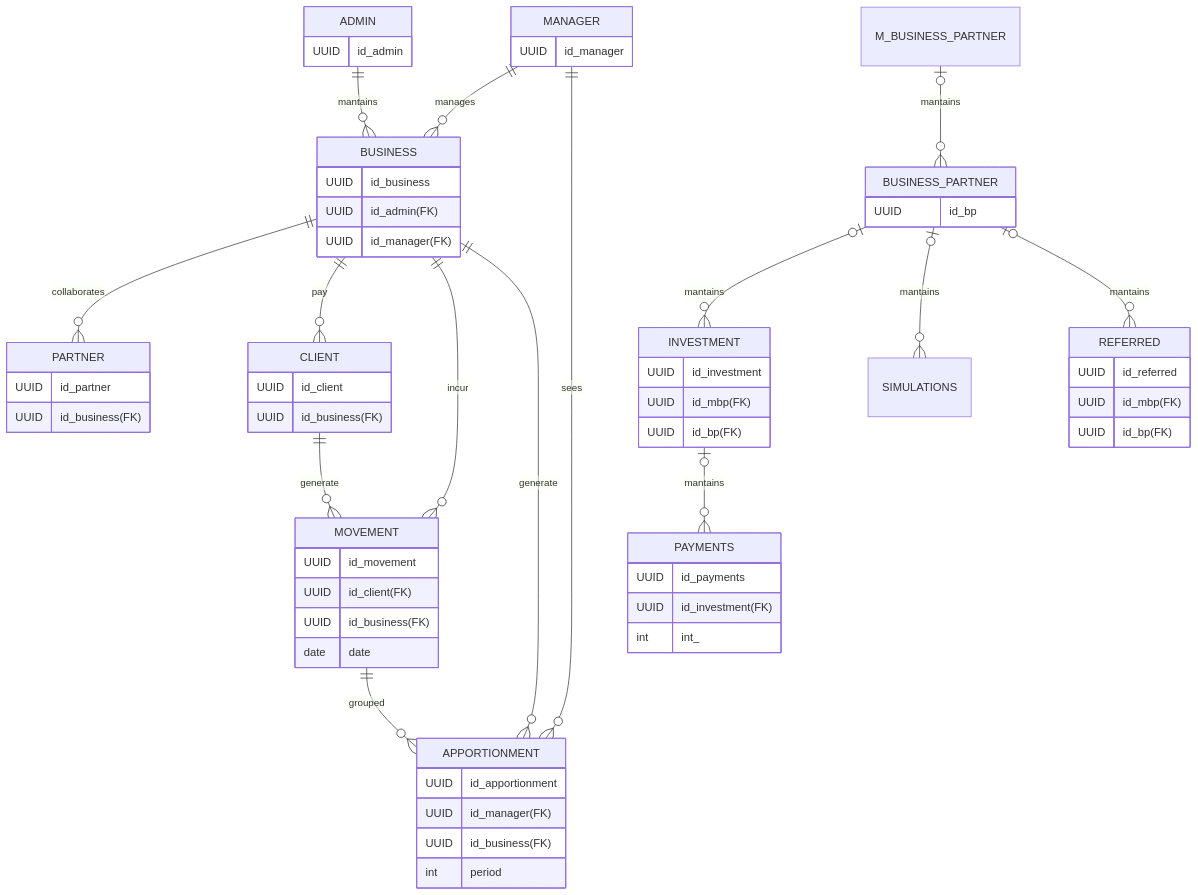
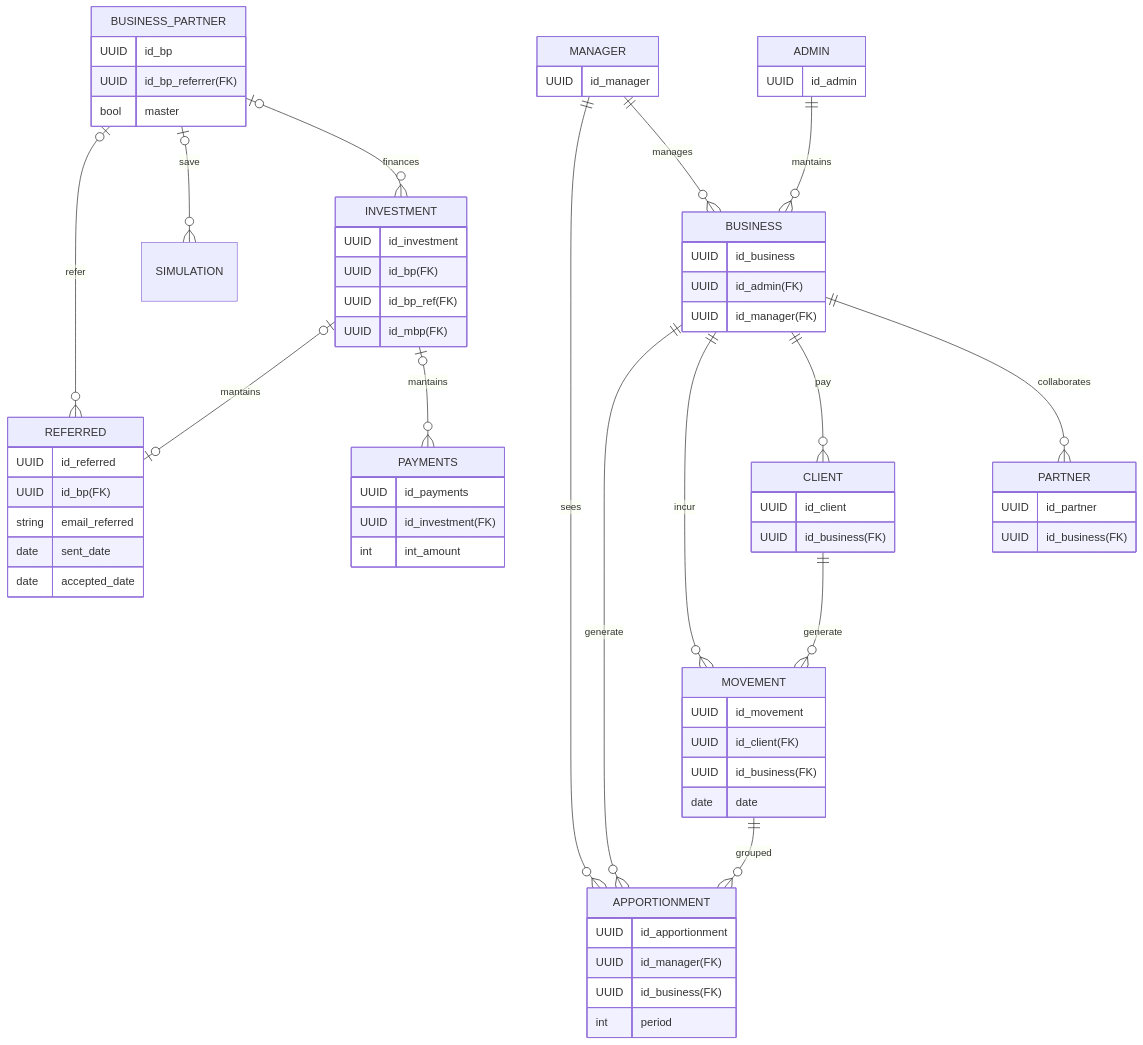
Before and after one commit to git-jrm/management-system: the first of 5 diagrams in ARCHITECTURE.md, drawn with Mermaid.

````diff
--- a/ARCHITECTURE.md
+++ b/ARCHITECTURE.md
@@ -5,70 +5,74 @@
 ```mermaid
 erDiagram
     ADMIN ||--o{ BUSINESS : mantains
     BUSINESS ||--o{ PARTNER : collaborates
     BUSINESS ||--o{ CLIENT : pay
     PARTNER
     MANAGER ||--o{ BUSINESS : manages
     CLIENT ||--o{ MOVEMENT : generate
     BUSINESS ||--o{ MOVEMENT : incur
     BUSINESS ||--o{ APPORTIONMENT : generate
     MOVEMENT ||--o{ APPORTIONMENT : grouped
     MANAGER ||--o{ APPORTIONMENT : sees
     ADMIN {
         UUID id_admin
     }
     MANAGER {
         UUID id_manager
     }
     BUSINESS {
         UUID id_business
         UUID id_admin(FK)
         UUID id_manager(FK)
     }
     PARTNER {
         UUID id_partner
         UUID id_business(FK)
     }
     APPORTIONMENT{ 
         UUID id_apportionment
         UUID id_manager(FK)
         UUID id_business(FK)
         int period
     }
     CLIENT {
         UUID id_client
         UUID id_business(FK)
     }
     MOVEMENT {
         UUID id_movement
         UUID id_client(FK)
         UUID id_business(FK)
         date date
     }
-    BUSINESS_PARTNER |o--o{ INVESTMENT : mantains
-    M_BUSINESS_PARTNER |o--o{ BUSINESS_PARTNER : mantains
-
+    
+    BUSINESS_PARTNER |o--o{ INVESTMENT : finances
+    BUSINESS_PARTNER |o--o{ SIMULATION : save
+    BUSINESS_PARTNER |o--o{ REFERRED : refer
+    INVESTMENT |o--o{ PAYMENTS : mantains
+    INVESTMENT |o--o| REFERRED : mantains
     BUSINESS_PARTNER {
         UUID id_bp
+        UUID id_bp_referrer(FK)
+        bool master
     }
     INVESTMENT {
         UUID id_investment
+        UUID id_bp(FK)
+        UUID id_bp_ref(FK)
         UUID id_mbp(FK)
-        UUID id_bp(FK)
     }
     REFERRED {
         UUID id_referred
-        UUID id_mbp(FK)
         UUID id_bp(FK)
+        string email_referred
+        date sent_date
+        date accepted_date
     }
-    
-    BUSINESS_PARTNER |o--o{ SIMULATIONS : mantains
-    INVESTMENT |o--o{ PAYMENTS : mantains
-    BUSINESS_PARTNER |o--o{ REFERRED : mantains
     PAYMENTS {
         UUID id_payments
         UUID id_investment(FK)
-        int int_
+        int int_amount
     }
 
 ```
````
